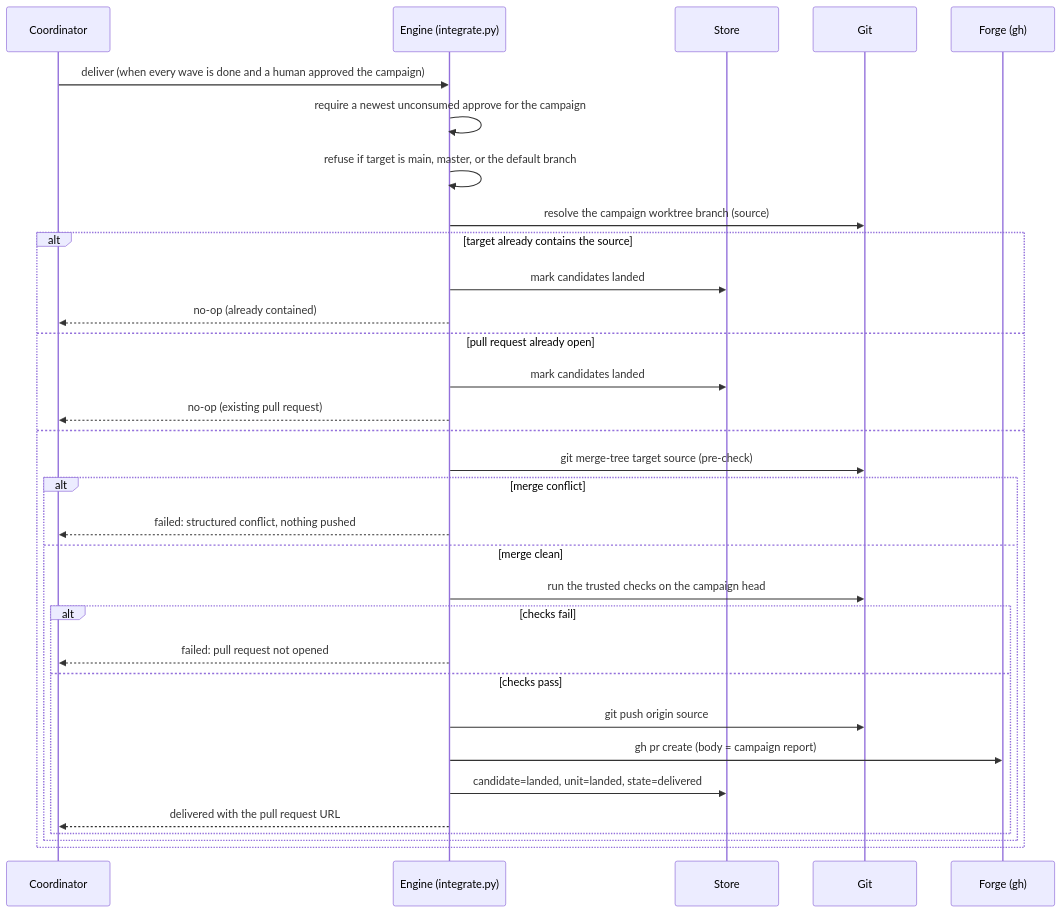
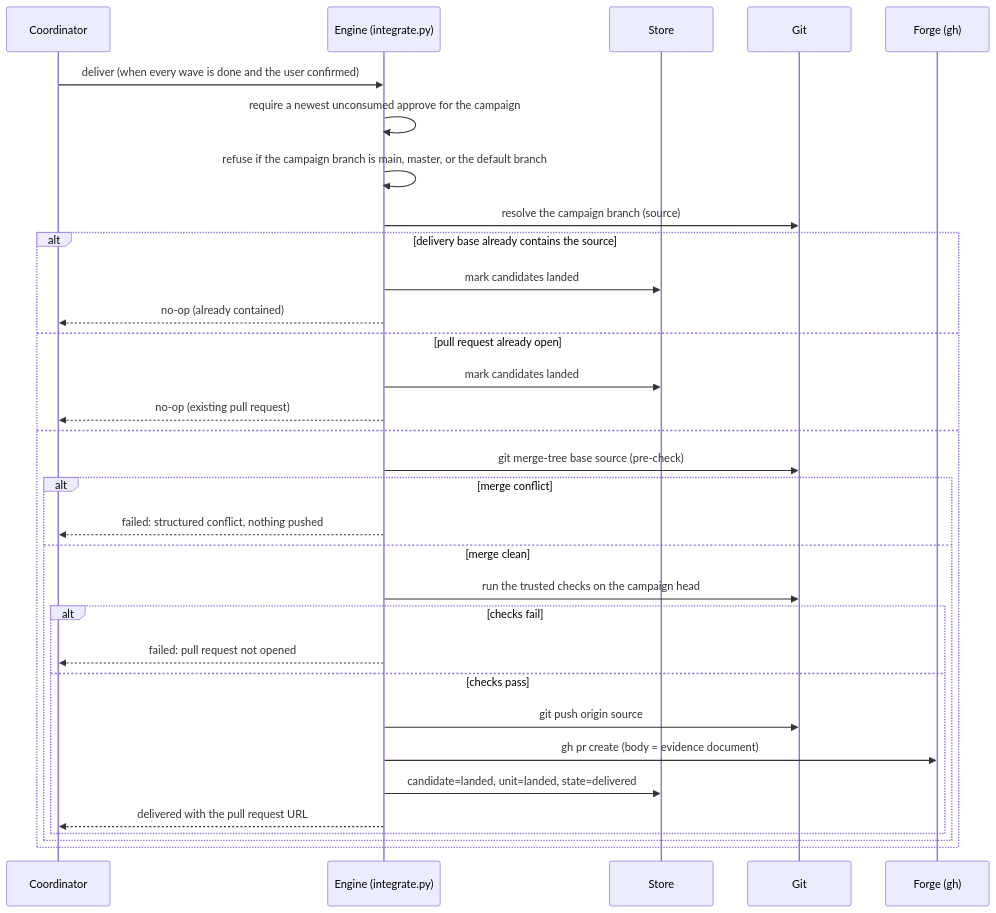
Before and after one commit to ming6ao/sliceme: the eighth of 10 diagrams in docs/architecture.md, drawn with Mermaid. The commit also changed other lines of this file and 52 other files, not shown here.

First line of the commit message:
feat(campaign): base campaigns on main with one approval gate

````diff
--- a/docs/architecture.md
+++ b/docs/architecture.md
@@ -337,35 +340,35 @@
 ```mermaid
 sequenceDiagram
   participant C as Coordinator
   participant E as Engine (integrate.py)
   participant D as Store
   participant G as Git
   participant F as Forge (gh)
 
-  C->>E: deliver (when every wave is done and a human approved the campaign)
+  C->>E: deliver (when every wave is done and the user confirmed)
   E->>E: require a newest unconsumed approve for the campaign
-  E->>E: refuse if target is main, master, or the default branch
-  E->>G: resolve the campaign worktree branch (source)
-  alt target already contains the source
+  E->>E: refuse if the campaign branch is main, master, or the default branch
+  E->>G: resolve the campaign branch (source)
+  alt delivery base already contains the source
     E->>D: mark candidates landed
     E-->>C: no-op (already contained)
   else pull request already open
     E->>D: mark candidates landed
     E-->>C: no-op (existing pull request)
   else
-    E->>G: git merge-tree target source (pre-check)
+    E->>G: git merge-tree base source (pre-check)
     alt merge conflict
       E-->>C: failed: structured conflict, nothing pushed
     else merge clean
       E->>G: run the trusted checks on the campaign head
       alt checks fail
         E-->>C: failed: pull request not opened
       else checks pass
         E->>G: git push origin source
-        E->>F: gh pr create (body = campaign report)
+        E->>F: gh pr create (body = evidence document)
         E->>D: candidate=landed, unit=landed, state=delivered
         E-->>C: delivered with the pull request URL
       end
     end
   end
 ```
````
